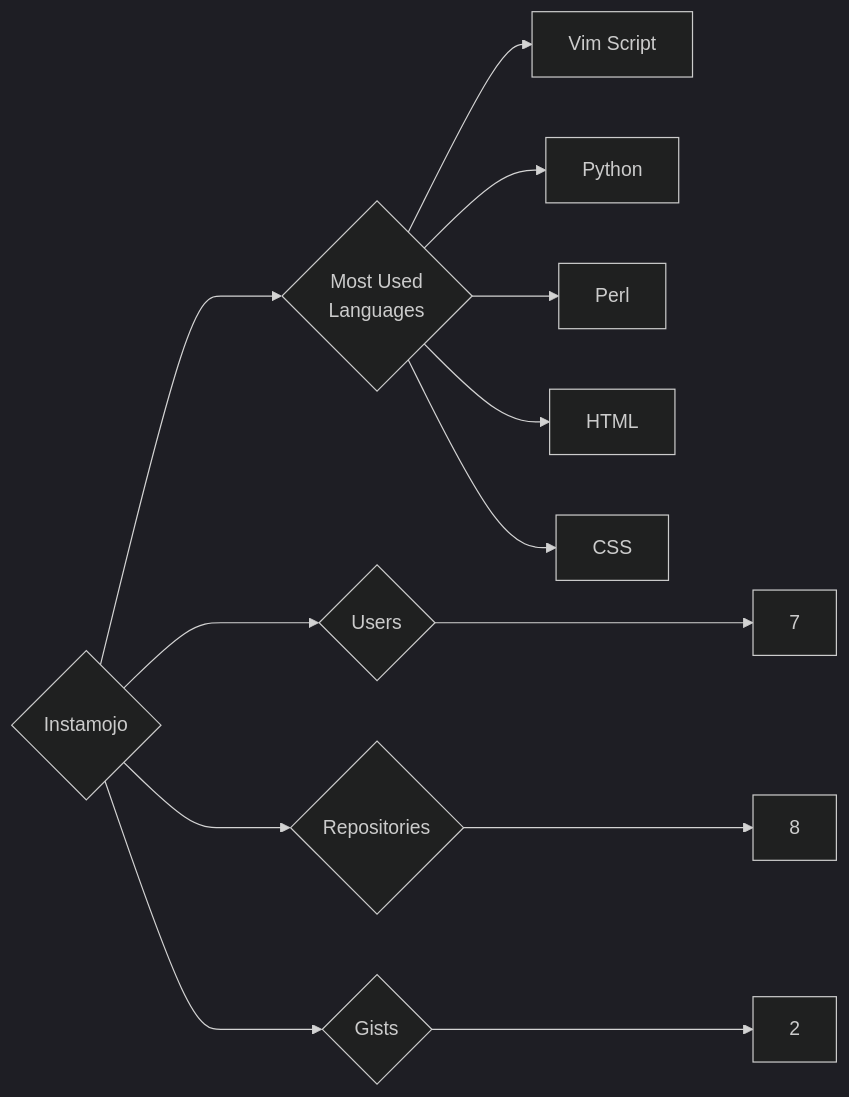
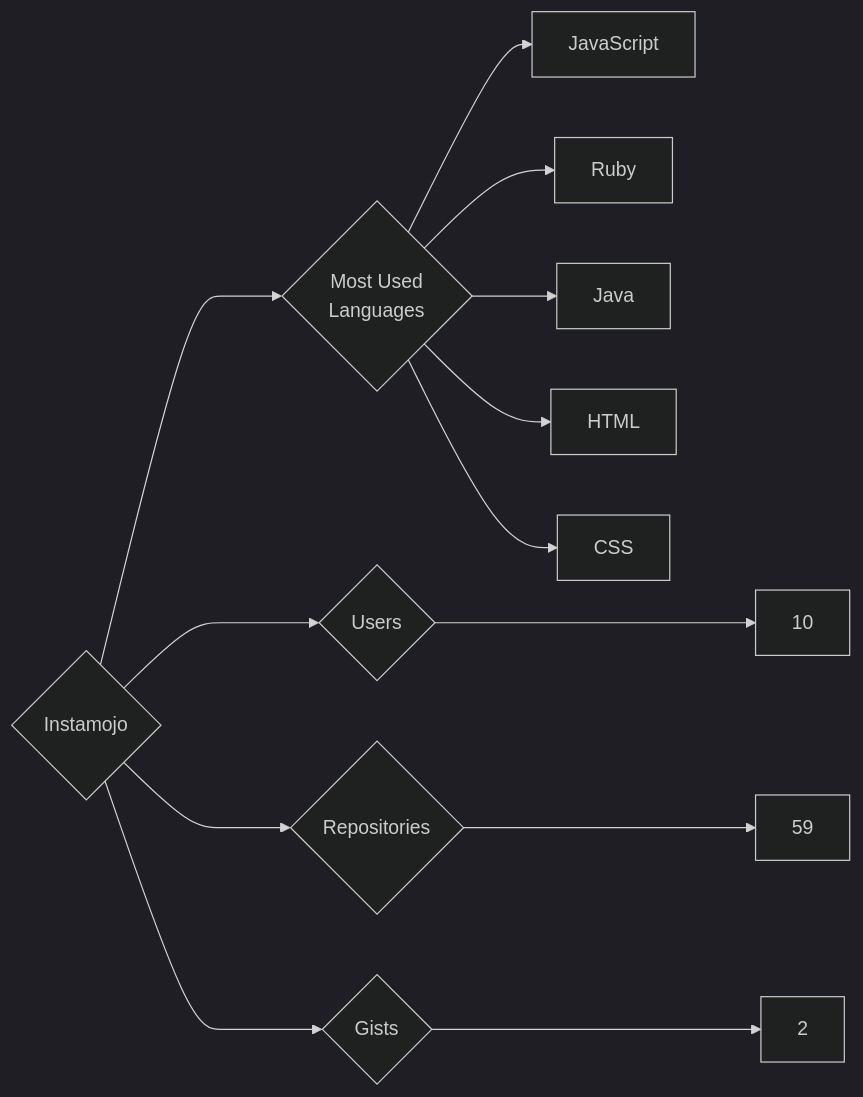
The diagram in targets/Instamojo/README.md (trickest/insiders), drawn with Mermaid (dark theme) before and after one commit. The commit also changed 859 other files, not shown here.

````diff
--- a/targets/Instamojo/README.md
+++ b/targets/Instamojo/README.md
@@ -3,13 +3,13 @@
 ```mermaid
 graph LR
 COMPANY_NAME{Instamojo}
-COMPANY_NAME ---> U{Users} ---> UN[7]
-COMPANY_NAME ---> R{Repositories} ---> RN[8]
+COMPANY_NAME ---> U{Users} ---> UN[10]
+COMPANY_NAME ---> R{Repositories} ---> RN[59]
 COMPANY_NAME ---> G{Gists} ---> GN[2]
 COMPANY_NAME ---> ML{Most Used<br>Languages}
-ML --> Vim_Script[Vim Script]
-ML --> Python[Python]
-ML --> Perl[Perl]
+ML --> JavaScript[JavaScript]
+ML --> Ruby[Ruby]
+ML --> Java[Java]
 ML --> HTML[HTML]
 ML --> CSS[CSS]
 ```
````
